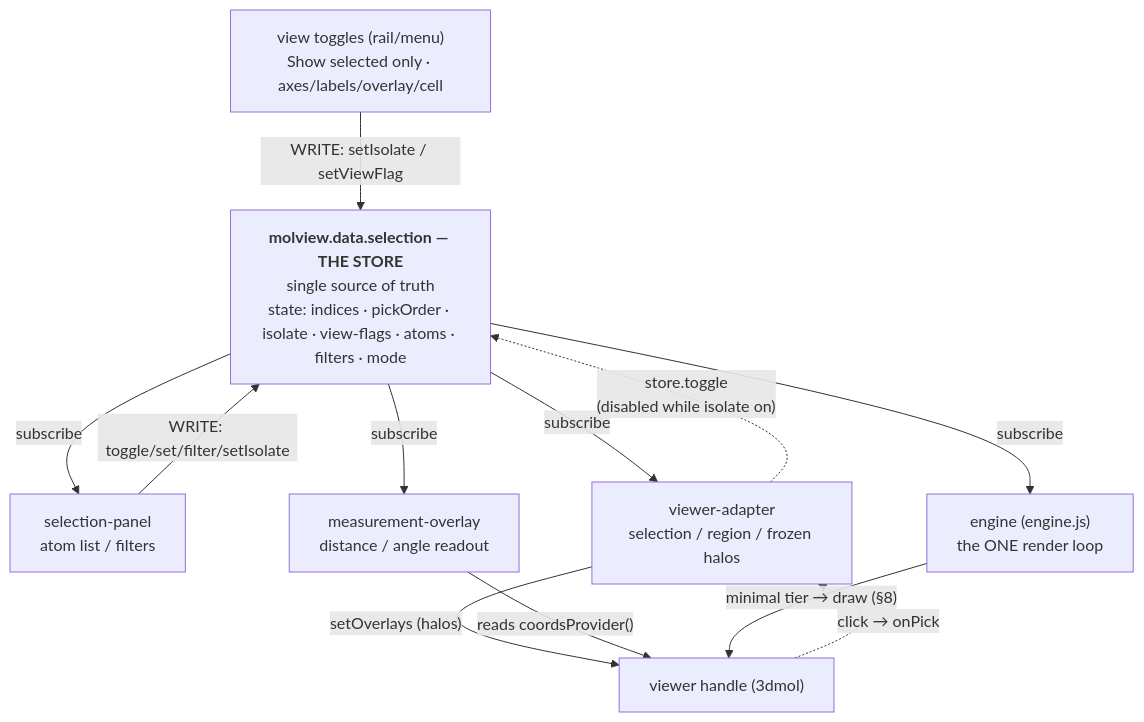
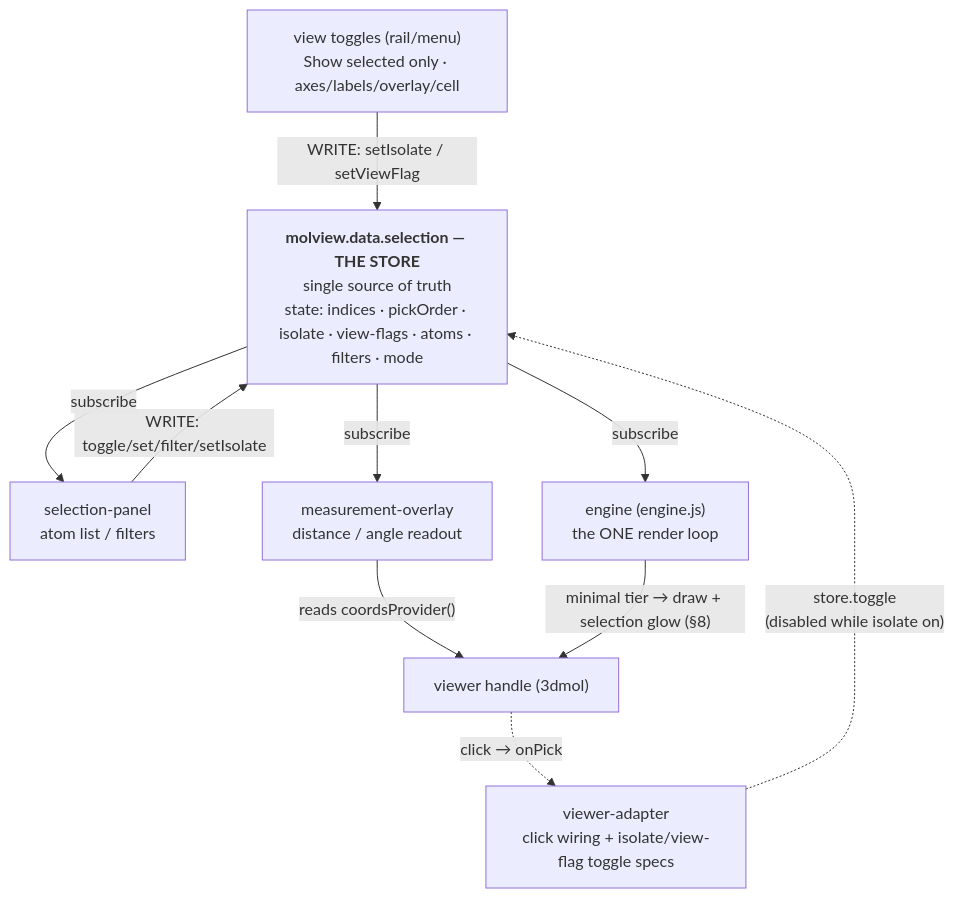
One commit to Qing-LAB/molbuilder changed the fifth of 9 diagrams in docs/protocols/molview-module.md. Above: the diagram before and after it, drawn with Mermaid. The commit also changed other lines of this file and 14 other files, not shown here.

````diff
--- a/docs/protocols/molview-module.md
+++ b/docs/protocols/molview-module.md
@@ -496,22 +499,20 @@
 ```mermaid
 flowchart TB
     ST["<b>molview.data.selection — THE STORE</b><br/>single source of truth<br/>state: indices · pickOrder · isolate · view-flags · atoms · filters · mode"]
     PANEL["selection-panel<br/>atom list / filters"]
     VC["view toggles (rail/menu)<br/>Show selected only · axes/labels/overlay/cell"]
-    ADAPT["viewer-adapter<br/>selection / region / frozen halos"]
+    ADAPT["viewer-adapter<br/>click wiring + isolate/view-flag toggle specs"]
     MEAS["measurement-overlay<br/>distance / angle readout"]
     ENG["engine (engine.js)<br/>the ONE render loop"]
     VIEWER["viewer handle (3dmol)"]
 
     PANEL -->|"WRITE: toggle/set/filter/setIsolate"| ST
     VC -->|"WRITE: setIsolate / setViewFlag"| ST
     ST -->|subscribe| PANEL
-    ST -->|subscribe| ADAPT
     ST -->|subscribe| MEAS
     ST -->|subscribe| ENG
-    ADAPT -->|"setOverlays (halos)"| VIEWER
     MEAS -->|"reads coordsProvider()"| VIEWER
-    ENG -->|"minimal tier → draw (§8)"| VIEWER
+    ENG -->|"minimal tier → draw + selection glow (§8)"| VIEWER
     VIEWER -.->|"click → onPick"| ADAPT
     ADAPT -.->|"store.toggle<br/>(disabled while isolate on)"| ST
 ```
````
